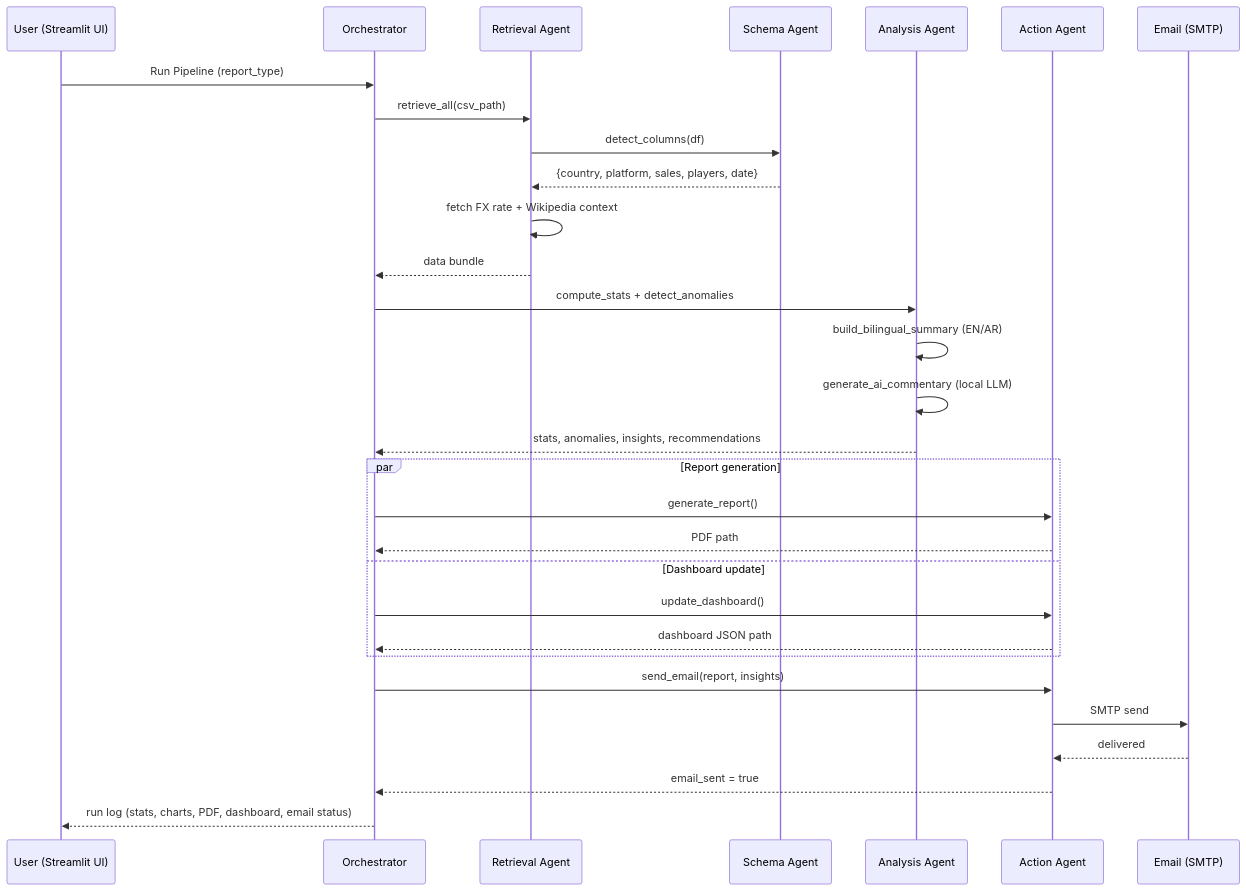
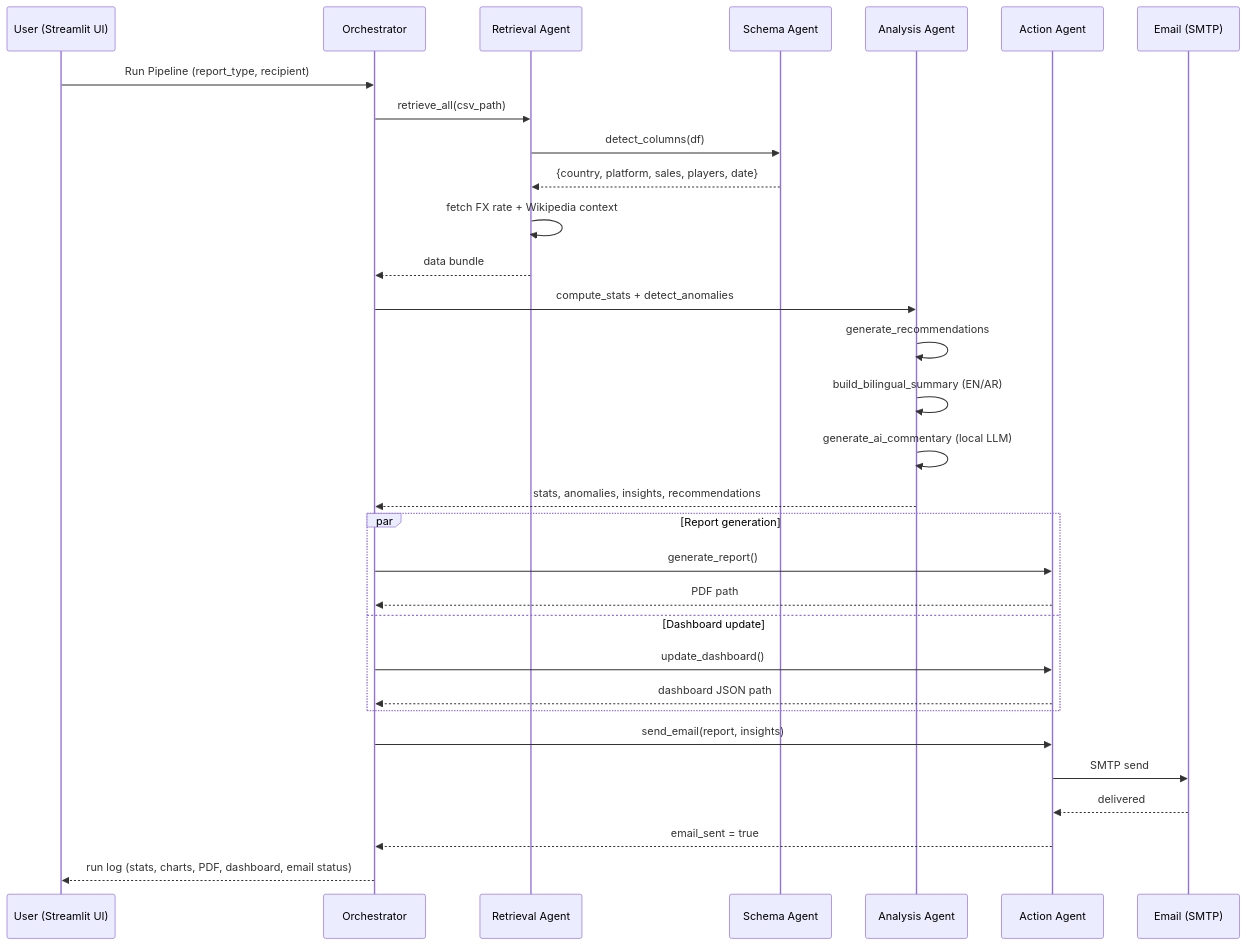
Before and after one commit to Worof/-GTA-V-Worldwide-Sales-Multi-Agent-AI-System: the third of 9 diagrams in README.md, drawn with Mermaid. The commit also changed other lines of this file, not shown here.

````diff
--- a/README.md
+++ b/README.md
@@ -144,33 +152,34 @@
 ```mermaid
 sequenceDiagram
     participant U as User (Streamlit UI)
     participant O as Orchestrator
     participant R as Retrieval Agent
     participant S as Schema Agent
     participant AN as Analysis Agent
     participant AC as Action Agent
     participant E as Email (SMTP)
 
-    U->>O: Run Pipeline (report_type)
+    U->>O: Run Pipeline (report_type, recipient)
     O->>R: retrieve_all(csv_path)
     R->>S: detect_columns(df)
     S-->>R: {country, platform, sales, players, date}
     R->>R: fetch FX rate + Wikipedia context
     R-->>O: data bundle
     O->>AN: compute_stats + detect_anomalies
+    AN->>AN: generate_recommendations
     AN->>AN: build_bilingual_summary (EN/AR)
     AN->>AN: generate_ai_commentary (local LLM)
     AN-->>O: stats, anomalies, insights, recommendations
     par Report generation
         O->>AC: generate_report()
         AC-->>O: PDF path
     and Dashboard update
         O->>AC: update_dashboard()
         AC-->>O: dashboard JSON path
     end
     O->>AC: send_email(report, insights)
     AC->>E: SMTP send
     E-->>AC: delivered
     AC-->>O: email_sent = true
     O-->>U: run log (stats, charts, PDF, dashboard, email status)
 ```
````
